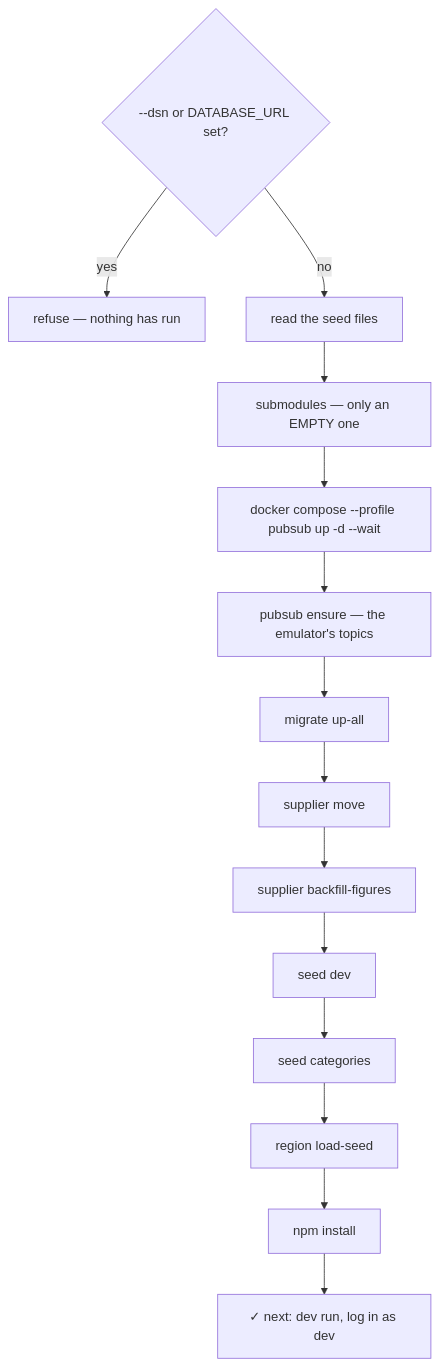
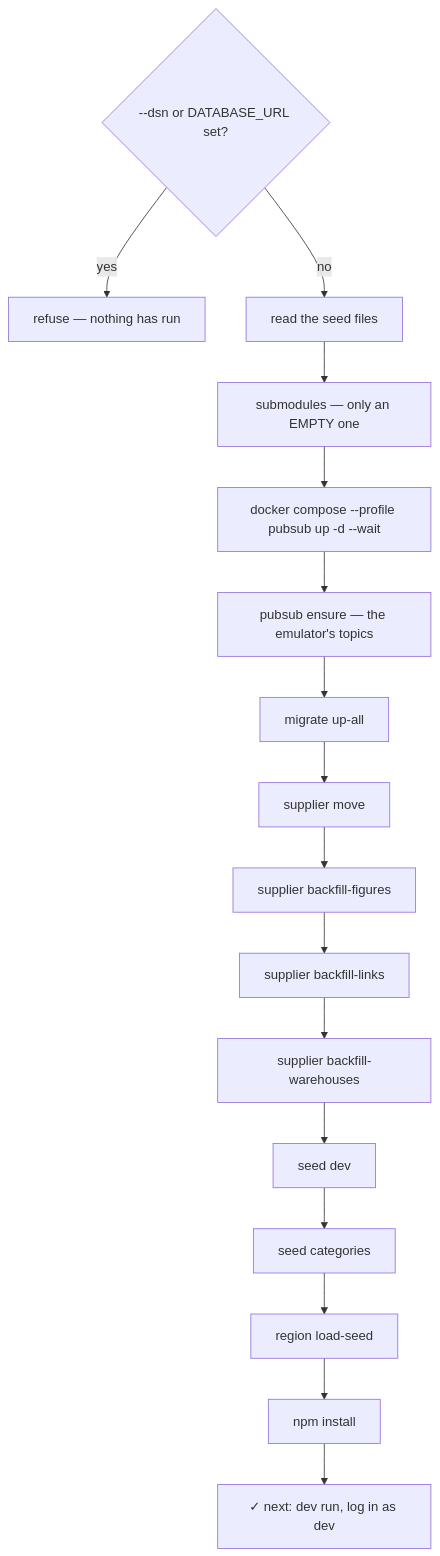
One commit to pdcgo/warehouse_revamp changed the third of 26 diagrams in docs/tools/san.md. Above: the diagram before and after it, drawn with Mermaid. The commit also changed other lines of this file and 154 other files, not shown here.

````diff
--- a/docs/tools/san.md
+++ b/docs/tools/san.md
@@ -349,16 +353,18 @@
 ```mermaid
 flowchart TD
     G{"--dsn or DATABASE_URL set?"} -->|"yes"| X["refuse — nothing has run"]
     G -->|"no"| R["read the seed files"]
     R --> S["submodules — only an EMPTY one"]
     S --> D["docker compose --profile pubsub up -d --wait"]
     D --> E["pubsub ensure — the emulator's topics"]
     E --> M["migrate up-all"]
     M --> SM["supplier move"]
     SM --> SB["supplier backfill-figures"]
-    SB --> SD["seed dev"]
+    SB --> SL["supplier backfill-links"]
+    SL --> SW["supplier backfill-warehouses"]
+    SW --> SD["seed dev"]
     SD --> SC["seed categories"]
     SC --> RG["region load-seed"]
     RG --> N["npm install"]
     N --> OK["✓ next: dev run, log in as dev"]
 ```
````
